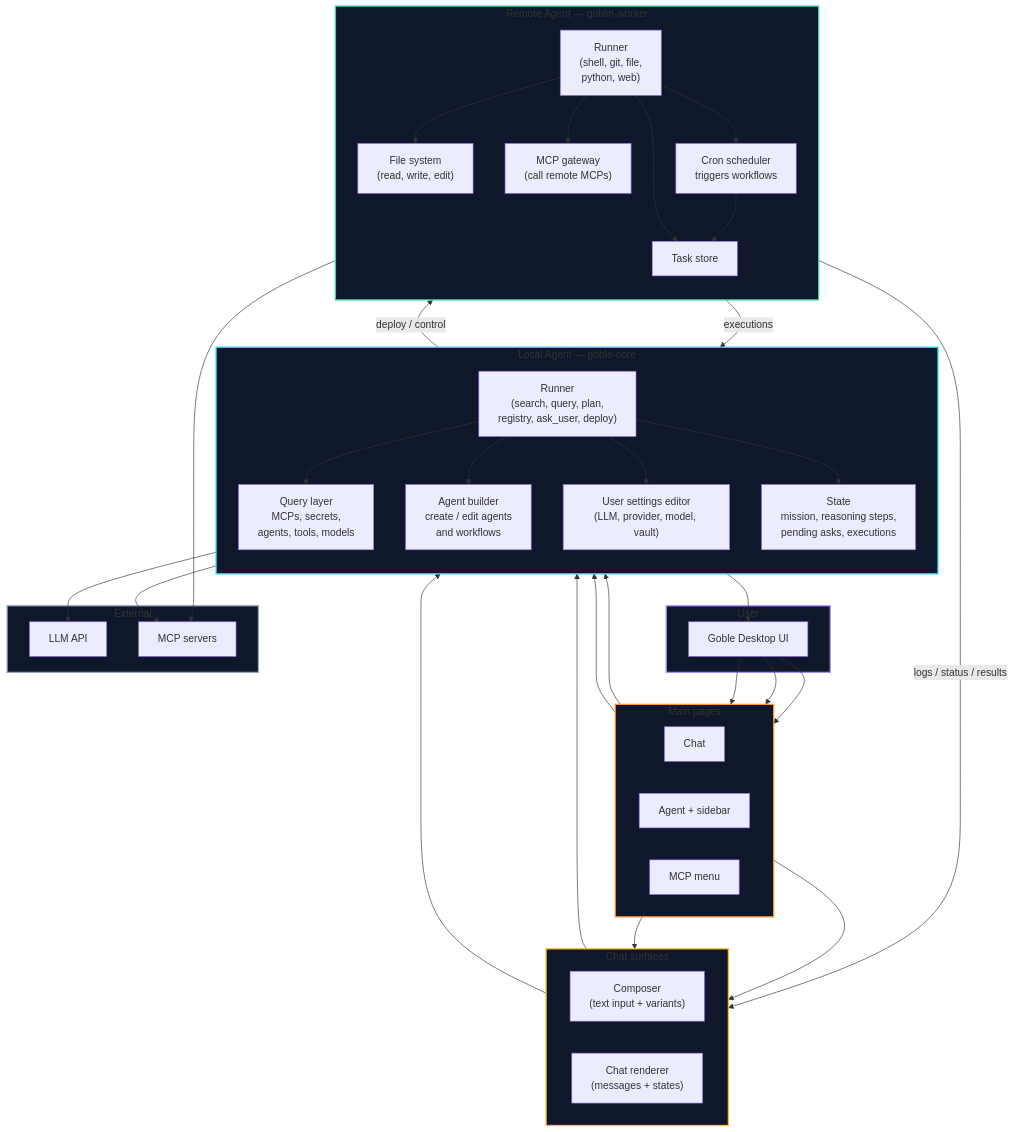
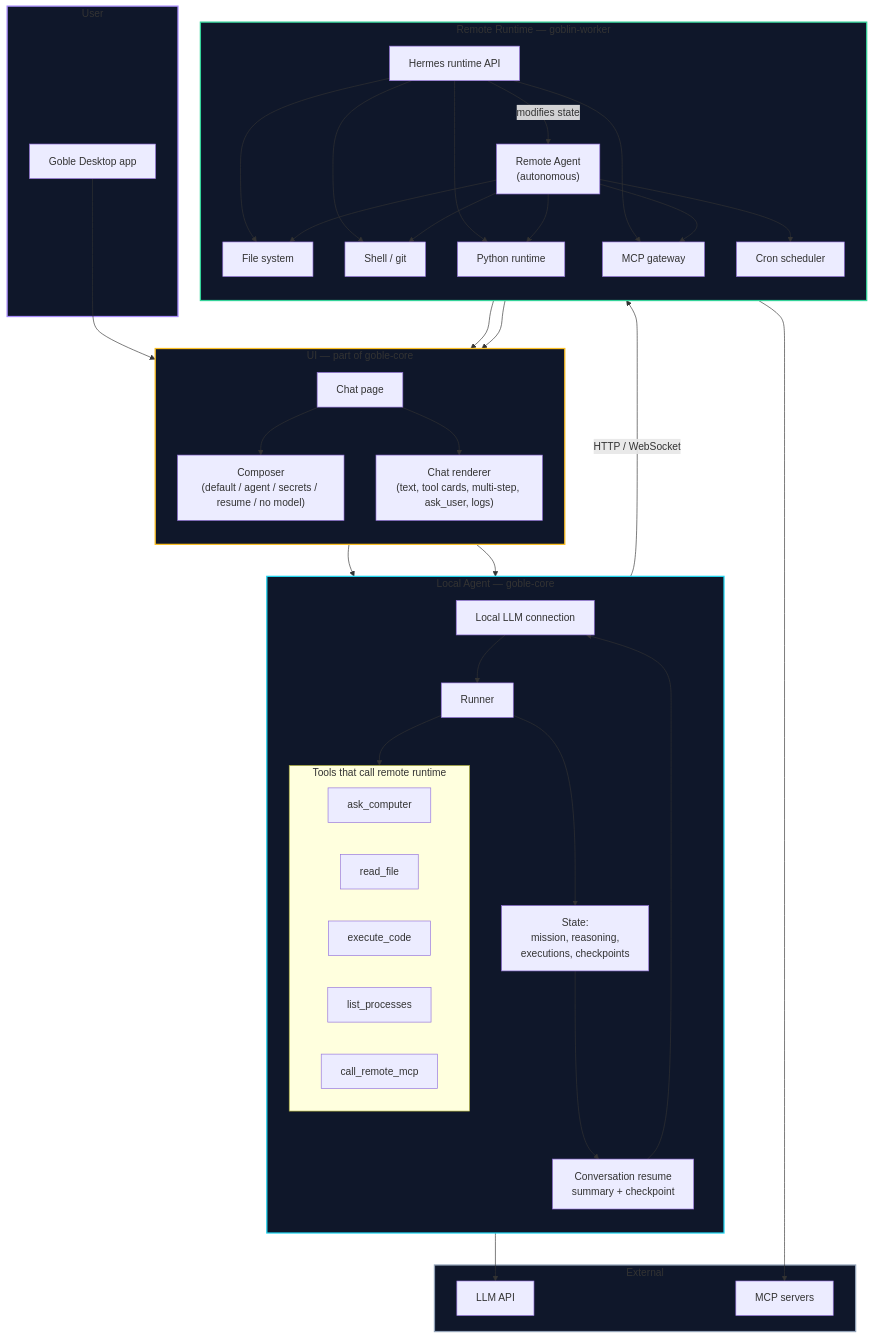
The first of 3 diagrams in docs/local-remote-agent-graph.md (AdrianTuci1/goble), drawn with Mermaid before and after one commit. The commit also changed other lines of this file, not shown here.

Commit message:
docs: shorten local-remote graph, UI is part of goble-core, credential passthrough

````diff
--- a/docs/local-remote-agent-graph.md
+++ b/docs/local-remote-agent-graph.md
@@ -5,81 +3,85 @@
 ```mermaid
 flowchart TB
     subgraph USER["User"]
-        UI["Goble Desktop UI"]
+        U["Goble Desktop app"]
     end
 
-    subgraph CHAT["Chat surfaces"]
-        direction LR
-        COMPOSER["Composer\n(text input + variants)"]
-        RENDERER["Chat renderer\n(messages + states)"]
-    end
-
-    subgraph PAGES["Main pages"]
-        direction LR
-        P_CHAT["Chat"]
-        P_AGENT["Agent + sidebar"]
-        P_MCP["MCP menu"]
+    subgraph UI["UI — part of goble-core"]
+        direction TB
+        PAGE["Chat page"]
+        COMPOSER["Composer\n(default / agent / secrets / resume / no model)"]
+        RENDERER["Chat renderer\n(text, tool cards, multi-step, ask_user, logs)"]
     end
 
     subgraph LOCAL["Local Agent — goble-core"]
         direction TB
-        L_RUNNER["Runner\n(search, query, plan,\nregistry, ask_user, deploy)"]
-        L_QUERY["Query layer\nMCPs, secrets,\nagents, tools, models"]
-        L_SETTINGS["User settings editor\n(LLM, provider, model, vault)"]
-        L_BUILDER["Agent builder\ncreate / edit agents\nand workflows"]
-        L_STATE["State\nmission, reasoning steps,\npending asks, executions"]
+        LLM["Local LLM connection"]
+        RUNNER["Runner"]
+
+        subgraph LOCAL_TOOLS["Tools that call remote runtime"]
+            T1["ask_computer"]
+            T2["read_file"]
+            T3["execute_code"]
+            T4["list_processes"]
+            T5["call_remote_mcp"]
+        end
+
+        STATE["State:\nmission, reasoning,\nexecutions, checkpoints"]
+        RESUME["Conversation resume\nsummary + checkpoint"]
     end
 
-    subgraph REMOTE["Remote Agent — goblin-worker"]
+    subgraph REMOTE["Remote Runtime — goblin-worker"]
         direction TB
-        R_RUNNER["Runner\n(shell, git, file,\npython, web)"]
-        R_FS["File system\n(read, write, edit)"]
-        R_MCP["MCP gateway\n(call remote MCPs)"]
-        R_CRON["Cron scheduler\ntriggers workflows"]
-        R_TASKS["Task store"]
+        RA["Remote Agent\n(autonomous)"]
+        R_FS["File system"]
+        R_SHELL["Shell / git"]
+        R_PY["Python runtime"]
+        R_MCP["MCP gateway"]
+        R_CRON["Cron scheduler"]
+        R_HTTP["Hermes runtime API"]
     end
 
     subgraph EXTERNAL["External"]
-        LLM["LLM API"]
+        LLM_API["LLM API"]
         MCP_S["MCP servers"]
     end
 
-    UI --> P_CHAT
-    UI --> P_AGENT
-    UI --> P_MCP
+    U --> PAGE
+    PAGE --> COMPOSER
+    PAGE --> RENDERER
+    COMPOSER --> LLM
+    RENDERER --> LLM
 
-    P_CHAT --> COMPOSER
-    P_CHAT --> RENDERER
-    P_AGENT --> L_BUILDER
-    P_MCP --> L_QUERY
-    L_SETTINGS --> UI
+    LLM --> RUNNER
+    RUNNER --> LOCAL_TOOLS
+    LOCAL_TOOLS --"HTTP / WebSocket"--> R_HTTP
 
-    COMPOSER --> L_RUNNER
-    RENDERER --> L_RUNNER
+    LLM --> LLM_API
 
-    L_RUNNER --> L_QUERY
-    L_RUNNER --> L_BUILDER
-    L_RUNNER --> L_SETTINGS
-    L_RUNNER --> L_STATE
-    L_RUNNER --> LLM
+    R_HTTP --> R_FS
+    R_HTTP --> R_SHELL
+    R_HTTP --> R_PY
+    R_HTTP --> R_MCP
+    R_HTTP --"modifies state"--> RA
 
-    L_QUERY --> MCP_S
+    RA --> R_FS
+    RA --> R_SHELL
+    RA --> R_PY
+    RA --> R_MCP
+    RA --> R_CRON
 
-    L_RUNNER --"deploy / control"--> REMOTE
-    R_RUNNER --> R_FS
-    R_RUNNER --> R_MCP
-    R_RUNNER --> R_CRON
-    R_RUNNER --> R_TASKS
     R_MCP --> MCP_S
-    R_CRON --> R_TASKS
 
-    REMOTE --"logs / status / results"--> RENDERER
-    REMOTE --"executions"--> L_STATE
+    R_HTTP --> RENDERER
+    RA --> RENDERER
+
+    RUNNER --> STATE
+    STATE --> RESUME
+    RESUME --> LLM
 
     style LOCAL fill:#0f172a,stroke:#22d3ee,stroke-width:2px
     style REMOTE fill:#0f172a,stroke:#34d399,stroke-width:2px
     style USER fill:#0f172a,stroke:#a78bfa,stroke-width:2px
-    style CHAT fill:#0f172a,stroke:#fbbf24,stroke-width:2px
-    style PAGES fill:#0f172a,stroke:#fb923c,stroke-width:2px
+    style UI fill:#0f172a,stroke:#fbbf24,stroke-width:2px
     style EXTERNAL fill:#0f172a,stroke:#94a3b8,stroke-width:2px
 ```
````
